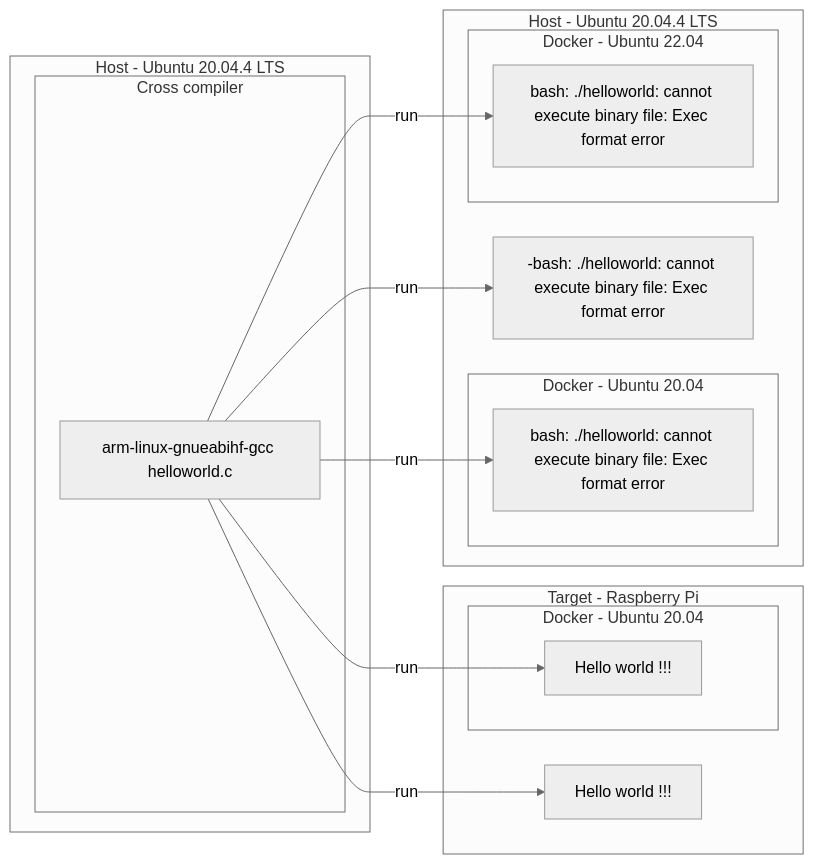
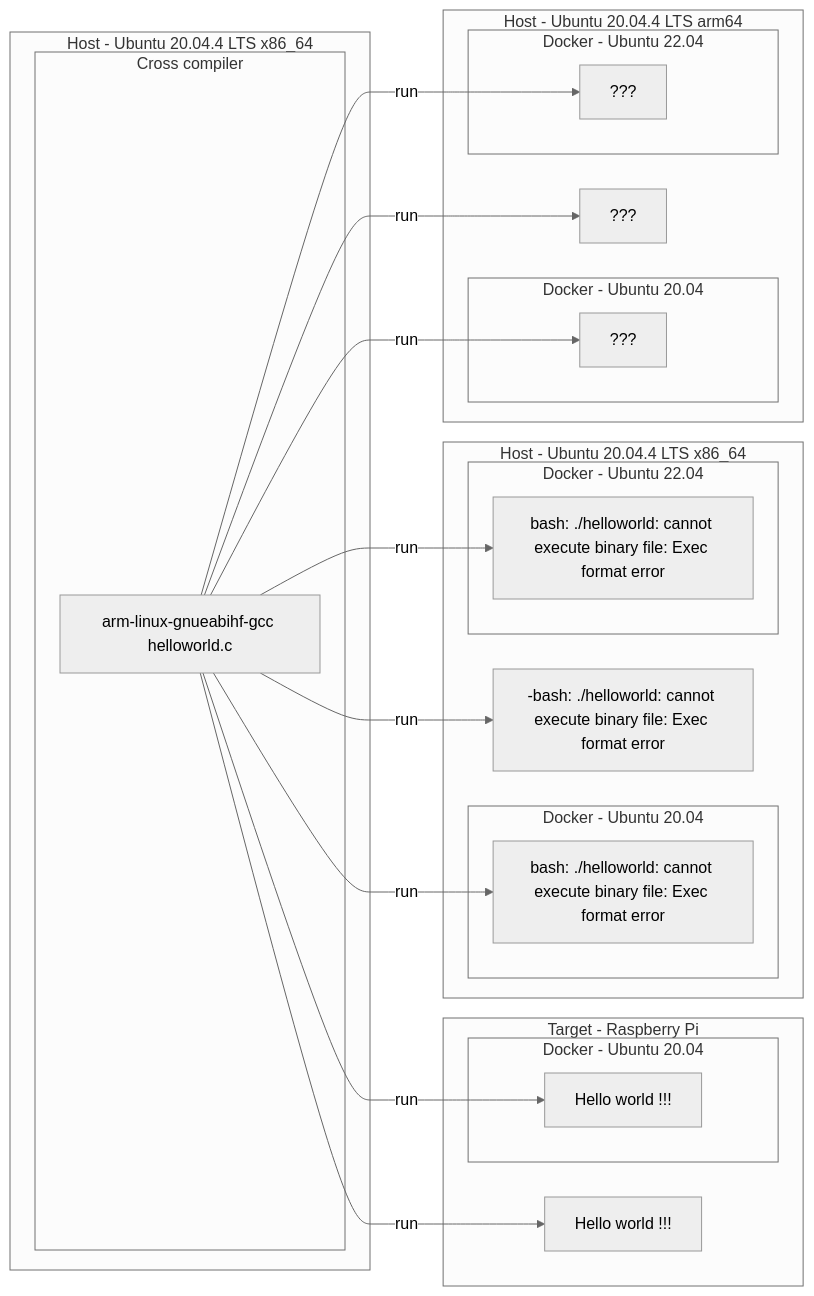
One commit to lankahsu520/CrossCompilationX changed the second of 7 diagrams in README.md. Above: the diagram before and after it, drawn with Mermaid (neutral theme). The commit also changed other lines of this file, not shown here.

````diff
--- a/README.md
+++ b/README.md
@@ -65,34 +77,46 @@
 ```mermaid
 flowchart LR
-	subgraph Host[Host - Ubuntu 20.04.4 LTS]
+	subgraph Host[Host - Ubuntu 20.04.4 LTS x86_64]
 		subgraph Cross[Cross compiler]
 			gcc[arm-linux-gnueabihf-gcc helloworld.c]
 		end
 	end
 
 	subgraph Target[Target - Raspberry Pi]
 		helloworld_run_pi[Hello world !!!]
 		subgraph DockerPIU[Docker - Ubuntu 20.04]
 			helloworld_run_pi_u_docker[Hello world !!!]
 		end
 	end
 
-
-	subgraph HostA[Host - Ubuntu 20.04.4 LTS]
+	subgraph HostA[Host - Ubuntu 20.04.4 LTS x86_64]
 		helloworld_run_host[-bash: ./helloworld: cannot execute binary file: Exec format error]
 		subgraph DockerAU2004[Docker - Ubuntu 20.04]
 			helloworld_run_AU2004_docker[bash: ./helloworld: cannot execute binary file: Exec format error]
 		end
  		subgraph DockerAU2204[Docker - Ubuntu 22.04]
 			helloworld_run_AU2204_docker[bash: ./helloworld: cannot execute binary file: Exec format error]
 		end
   end
-	
+
+	subgraph Host-arm64[Host - Ubuntu 20.04.4 LTS arm64]
+		helloworld_run_host-arm64[???]
+		subgraph DockerAU2004-arm64[Docker - Ubuntu 20.04]
+			helloworld_run_AU2004_docker-arm64[???]
+		end
+ 		subgraph DockerAU2204-arm64[Docker - Ubuntu 22.04]
+			helloworld_run_AU2204_docker-arm64[???]
+		end
+  end
+
 	gcc --> |run|helloworld_run_host
 	gcc --> |run|helloworld_run_AU2004_docker
 	gcc --> |run|helloworld_run_AU2204_docker
 
 	gcc --> |run|helloworld_run_pi
 	gcc --> |run|helloworld_run_pi_u_docker
-	
+
+	gcc --> |run|helloworld_run_host-arm64
+	gcc --> |run|helloworld_run_AU2004_docker-arm64
+	gcc --> |run|helloworld_run_AU2204_docker-arm64
 ```
````
